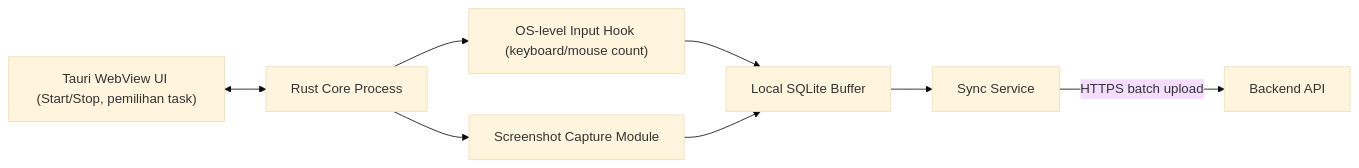
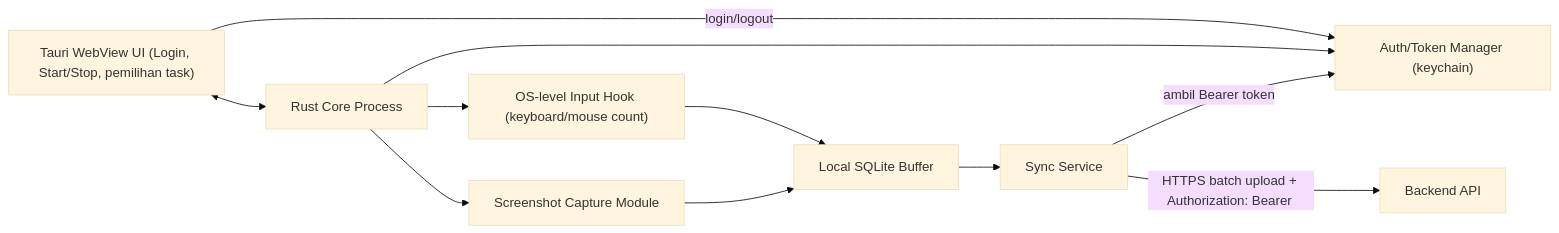
The second of 11 diagrams in SDD_Lean_Internal.md (itshazlan/trackflow), drawn with Mermaid (base theme) before and after one commit. The commit also changed other lines of this file and 47 other files, not shown here.

Commit message:
feat(tauri): scaffold tauri desktop client and configure bearer auth backend foundation

````diff
--- a/SDD_Lean_Internal.md
+++ b/SDD_Lean_Internal.md
@@ -150,17 +166,21 @@
 ```mermaid
 flowchart LR
-    UI["Tauri WebView UI (Start/Stop, pemilihan task)"]
+    UI["Tauri WebView UI (Login, Start/Stop, pemilihan task)"]
     CORE["Rust Core Process"]
+    AUTH["Auth/Token Manager (keychain)"]
     HOOK["OS-level Input Hook (keyboard/mouse count)"]
     CAP["Screenshot Capture Module"]
     LOCALDB["Local SQLite Buffer"]
     SYNC["Sync Service"]
 
     UI <--> CORE
+    UI -- login/logout --> AUTH
     CORE --> HOOK
     CORE --> CAP
+    CORE --> AUTH
     HOOK --> LOCALDB
     CAP --> LOCALDB
     LOCALDB --> SYNC
-    SYNC -- HTTPS batch upload --> API["Backend API"]
+    SYNC -- ambil Bearer token --> AUTH
+    SYNC -- "HTTPS batch upload + Authorization: Bearer <token>" --> API["Backend API"]
 ```
````
